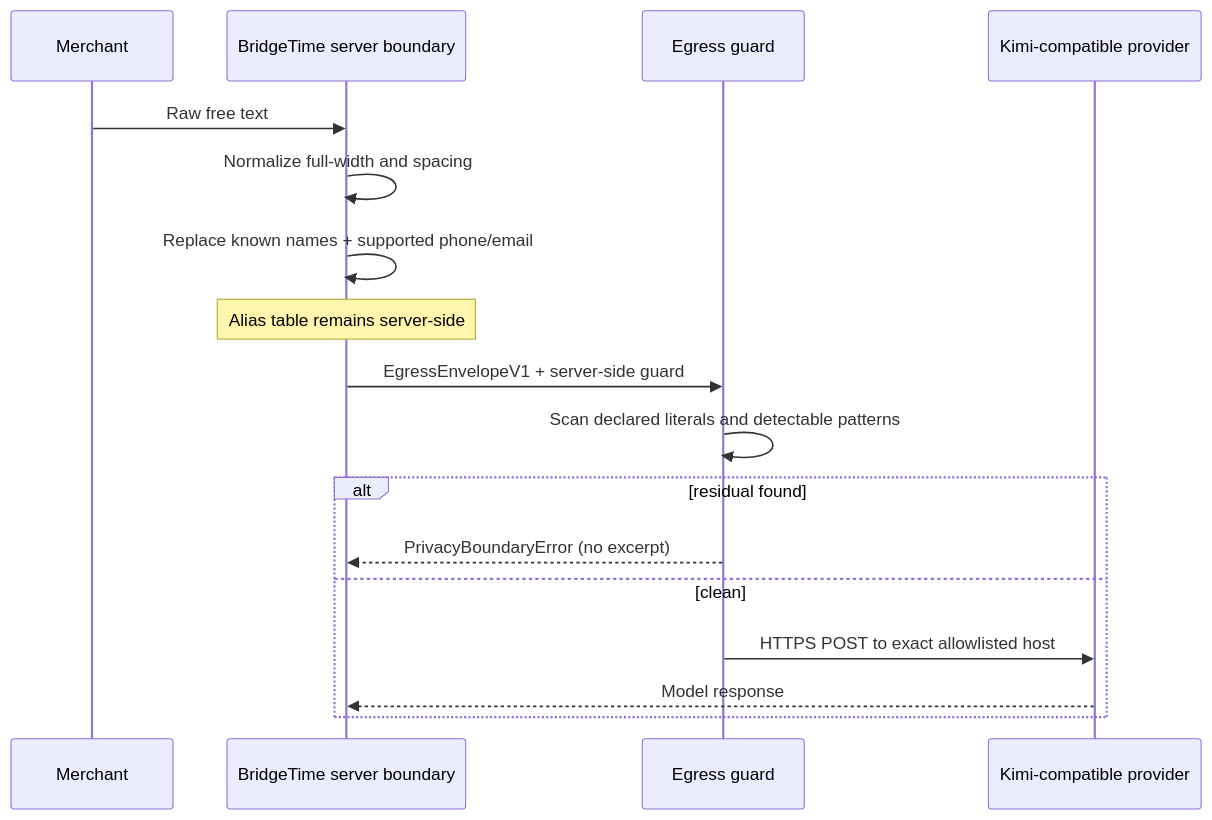
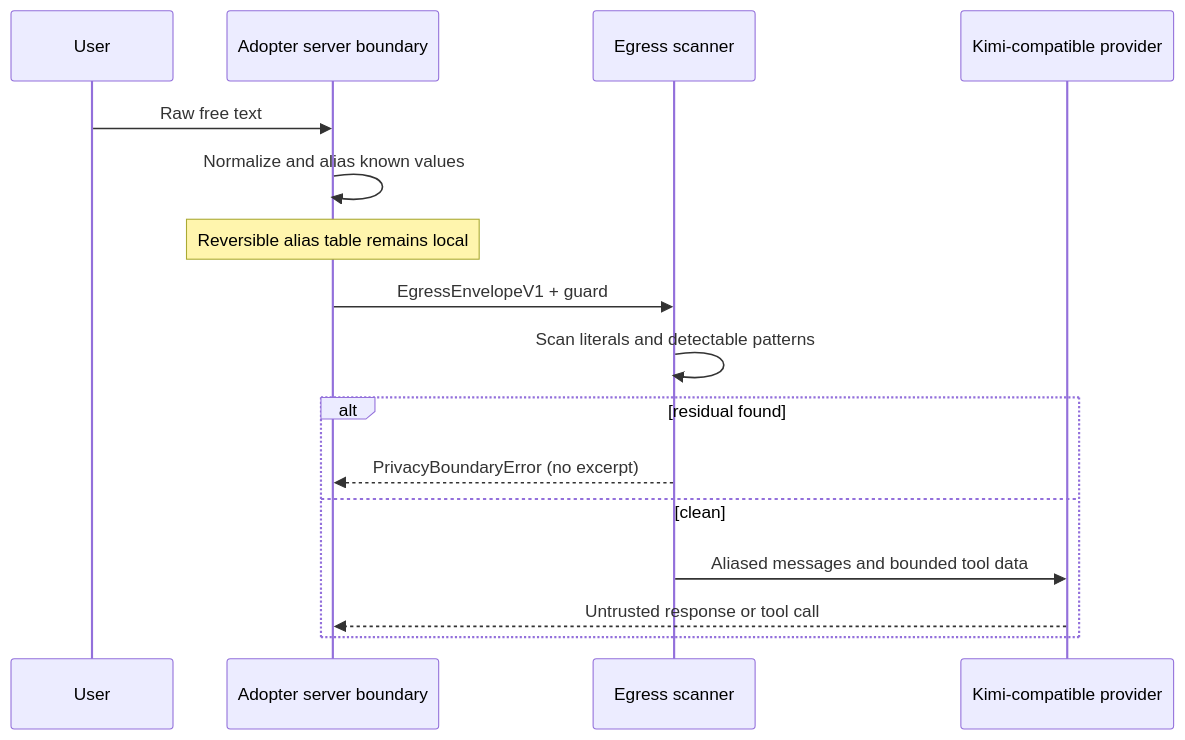
The second of 2 diagrams in docs/DATA_FLOW.md (TokimiSpace/bridgetime-kimi-privacy), drawn with Mermaid before and after one commit. The commit also changed other lines of this file and 15 other files, not shown here.

````diff
--- a/docs/DATA_FLOW.md
+++ b/docs/DATA_FLOW.md
@@ -6,20 +60,19 @@
 ```mermaid
 sequenceDiagram
-  participant M as Merchant
-  participant S as BridgeTime server boundary
-  participant G as Egress guard
+  participant U as User
+  participant S as Adopter server boundary
+  participant G as Egress scanner
   participant P as Kimi-compatible provider
 
-  M->>S: Raw free text
-  S->>S: Normalize full-width and spacing
-  S->>S: Replace known names + supported phone/email
-  Note over S: Alias table remains server-side
-  S->>G: EgressEnvelopeV1 + server-side guard
-  G->>G: Scan declared literals and detectable patterns
+  U->>S: Raw free text
+  S->>S: Normalize and alias known values
+  Note over S: Reversible alias table remains local
+  S->>G: EgressEnvelopeV1 + guard
+  G->>G: Scan literals and detectable patterns
   alt residual found
     G-->>S: PrivacyBoundaryError (no excerpt)
   else clean
-    G->>P: HTTPS POST to exact allowlisted host
-    P-->>S: Model response
+    G->>P: Aliased messages and bounded tool data
+    P-->>S: Untrusted response or tool call
   end
 ```
````
